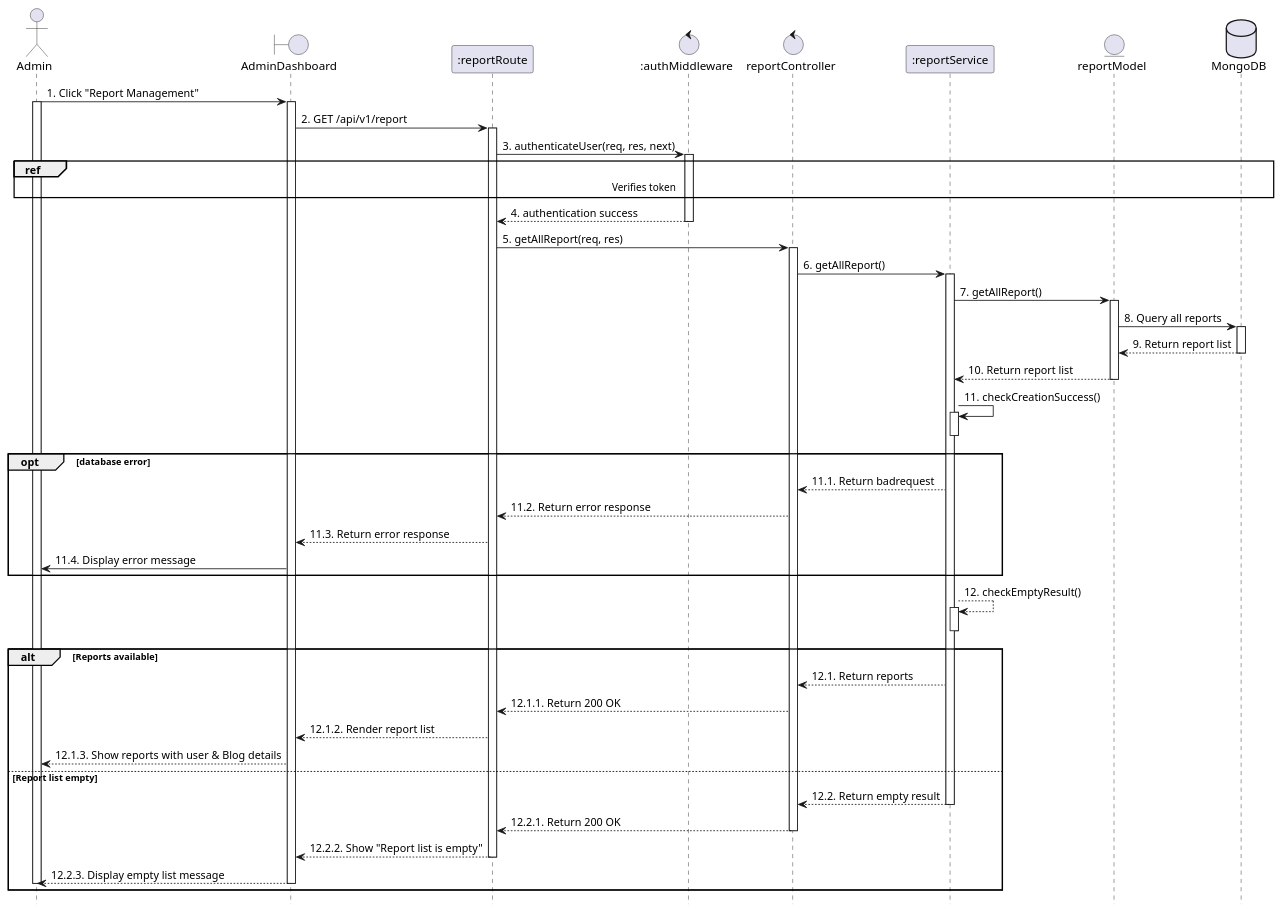
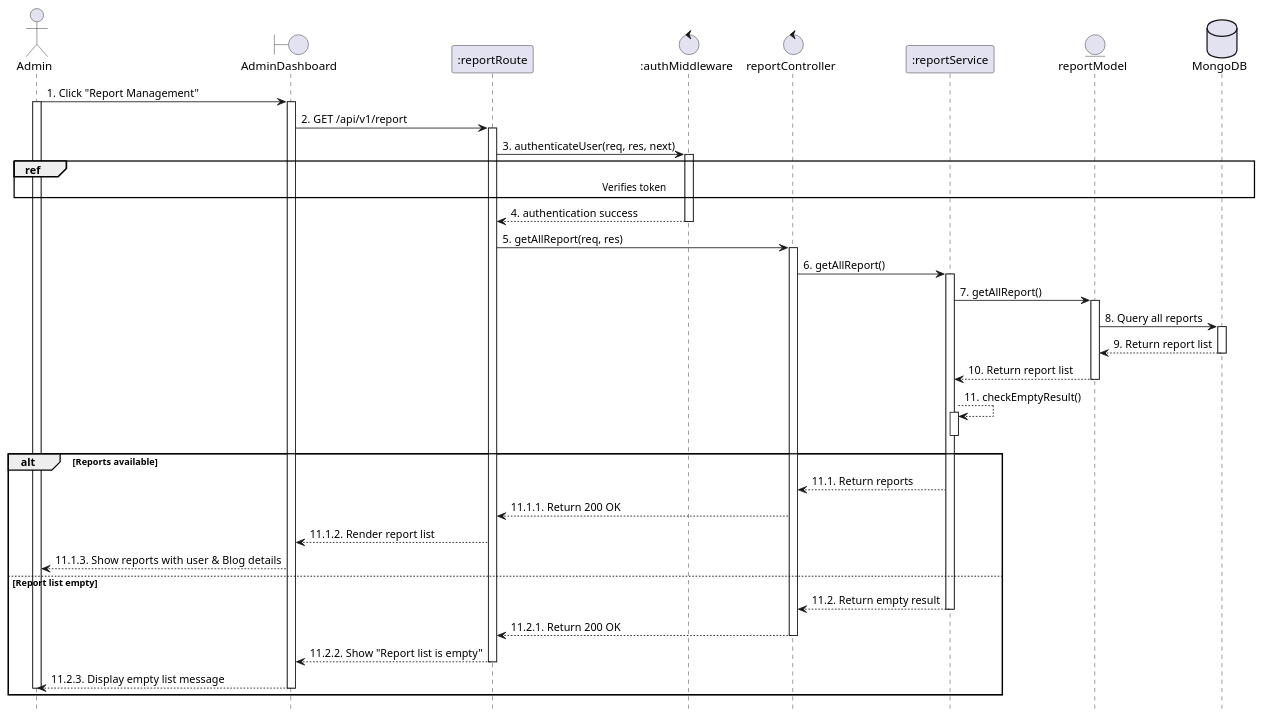
The diagram in planuml/web/19.2_viewReport.puml (VietDurian/VietDurian), drawn with PlantUML before and after one commit. The commit also changed 14 other files, not shown here.

```diff
--- a/planuml/web/19.2_viewReport.puml
+++ b/planuml/web/19.2_viewReport.puml
@@ -1,73 +1,62 @@
 @startuml ViewReportList
 
 actor Admin
 boundary "AdminDashboard" as View
 participant ":reportRoute" as Route
 control ":authMiddleware" as Auth
 control "reportController" as Controller 
 participant ":reportService" as Service 
 entity "reportModel" as Model 
 database "MongoDB" as MongoDB 
 hide footbox
 
 Admin -> View: 1. Click "Report Management"
 activate Admin
 activate View
 
 View -> Route: 2. GET /api/v1/report
 activate Route
 
 Route -> Auth: 3. authenticateUser(req, res, next)
 activate Auth
 ref over Admin, MongoDB : Verifies token
 
 Auth --> Route: 4. authentication success
 deactivate Auth
 
 Route -> Controller: 5. getAllReport(req, res)
 activate Controller
 
 Controller -> Service: 6. getAllReport()
 activate Service
 
 Service -> Model: 7. getAllReport()
 activate Model
 Model -> MongoDB: 8. Query all reports
 activate MongoDB
 MongoDB --> Model: 9. Return report list
 deactivate MongoDB
 Model --> Service: 10. Return report list
 deactivate Model
 
-Service -> Service: 11. checkCreationSuccess()
-activate Service
-deactivate Service
-
-opt database error
-    Service --> Controller: 11.1. Return badrequest
-    Controller --> Route: 11.2. Return error response
-    Route --> View: 11.3. Return error response
-    View -> Admin: 11.4. Display error message
-end
-
-Service --> Service: 12. checkEmptyResult()
+Service --> Service: 11. checkEmptyResult()
 activate Service
 deactivate Service
 
 alt Reports available
-    Service --> Controller: 12.1. Return reports
-    Controller --> Route: 12.1.1. Return 200 OK 
-    Route --> View: 12.1.2. Render report list
-    View --> Admin: 12.1.3. Show reports with user & Blog details
+    Service --> Controller: 11.1. Return reports
+    Controller --> Route: 11.1.1. Return 200 OK 
+    Route --> View: 11.1.2. Render report list
+    View --> Admin: 11.1.3. Show reports with user & Blog details
 else Report list empty
-    Service --> Controller: 12.2. Return empty result
+    Service --> Controller: 11.2. Return empty result
     deactivate Service
-    Controller --> Route: 12.2.1. Return 200 OK 
+    Controller --> Route: 11.2.1. Return 200 OK 
     deactivate Controller
-    Route --> View: 12.2.2. Show "Report list is empty"
+    Route --> View: 11.2.2. Show "Report list is empty"
     deactivate Route
-    View --> Admin: 12.2.3. Display empty list message
+    View --> Admin: 11.2.3. Display empty list message
     deactivate View
     deactivate Admin
 end
 @enduml
```
